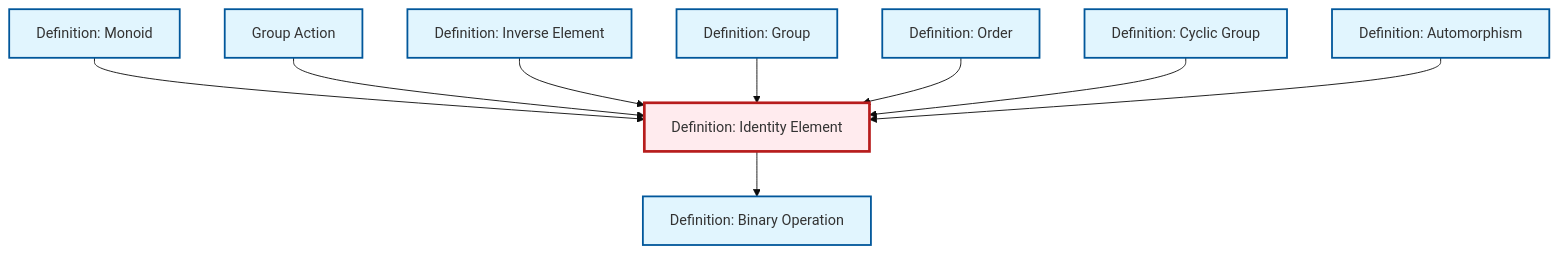
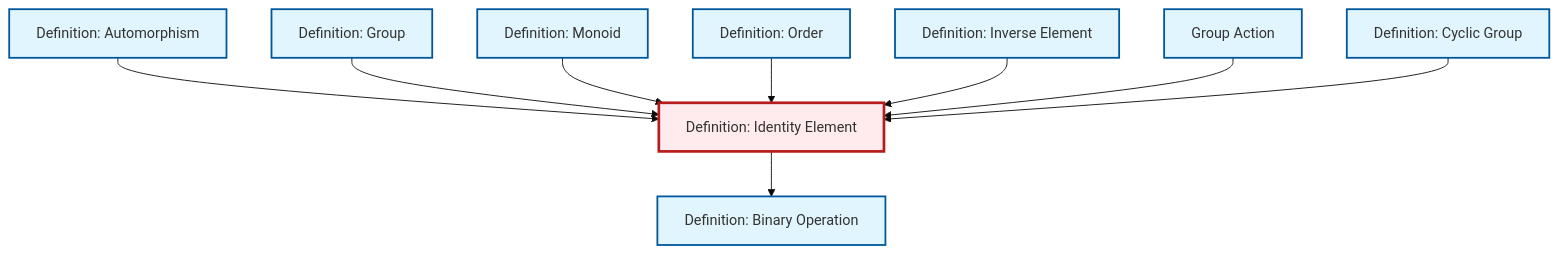
The diagram in content/ja/algebra/def-identity-element.qmd (RK0429/ModernMath), drawn with Mermaid (base theme) before and after one commit. The commit also changed other lines of this file and 634 other files, not shown here.

````diff
--- a/content/ja/algebra/def-identity-element.qmd
+++ b/content/ja/algebra/def-identity-element.qmd
@@ -81,35 +81,35 @@
 ```{mermaid}
 %%| fig-cap: "Local dependency graph"
 graph TD
     classDef definition fill:#e1f5fe,stroke:#01579b,stroke-width:2px
     classDef theorem fill:#f3e5f5,stroke:#4a148c,stroke-width:2px
     classDef axiom fill:#fff3e0,stroke:#e65100,stroke-width:2px
     classDef example fill:#e8f5e9,stroke:#1b5e20,stroke-width:2px
     classDef current fill:#ffebee,stroke:#b71c1c,stroke-width:3px
+    def-monoid["Definition: Monoid"]:::definition
+    def-group["Definition: Group"]:::definition
     def-binary-operation["Definition: Binary Operation"]:::definition
-    def-group["Definition: Group"]:::definition
     def-cyclic-group["Definition: Cyclic Group"]:::definition
+    def-order["Definition: Order"]:::definition
+    def-inverse-element["Definition: Inverse Element"]:::definition
+    def-group-action["Group Action"]:::definition
     def-automorphism["Definition: Automorphism"]:::definition
-    def-group-action["Group Action"]:::definition
-    def-inverse-element["Definition: Inverse Element"]:::definition
-    def-monoid["Definition: Monoid"]:::definition
-    def-order["Definition: Order"]:::definition
     def-identity-element["Definition: Identity Element"]:::definition
+    def-automorphism --> def-identity-element
+    def-group --> def-identity-element
     def-monoid --> def-identity-element
+    def-order --> def-identity-element
+    def-inverse-element --> def-identity-element
     def-identity-element --> def-binary-operation
     def-group-action --> def-identity-element
-    def-inverse-element --> def-identity-element
-    def-group --> def-identity-element
-    def-order --> def-identity-element
     def-cyclic-group --> def-identity-element
-    def-automorphism --> def-identity-element
     class def-identity-element current
+    click def-monoid "def-monoid.html" "Definition: Monoidへ"
+    click def-group "def-group.html" "Definition: Groupへ"
     click def-binary-operation "def-binary-operation.html" "Definition: Binary Operationへ"
-    click def-group "def-group.html" "Definition: Groupへ"
     click def-cyclic-group "def-cyclic-group.html" "Definition: Cyclic Groupへ"
+    click def-order "def-order.html" "Definition: Orderへ"
+    click def-inverse-element "def-inverse-element.html" "Definition: Inverse Elementへ"
+    click def-group-action "def-group-action.html" "Group Actionへ"
     click def-automorphism "def-automorphism.html" "Definition: Automorphismへ"
-    click def-group-action "def-group-action.html" "Group Actionへ"
-    click def-inverse-element "def-inverse-element.html" "Definition: Inverse Elementへ"
-    click def-monoid "def-monoid.html" "Definition: Monoidへ"
-    click def-order "def-order.html" "Definition: Orderへ"
 ```
````
